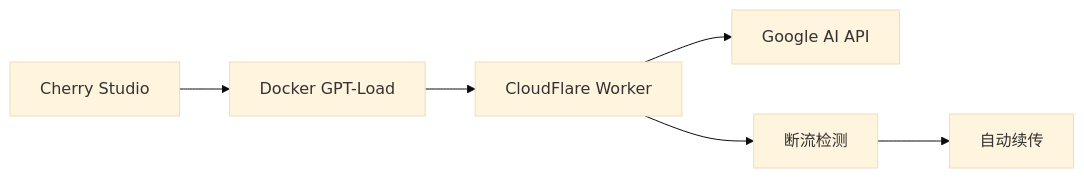
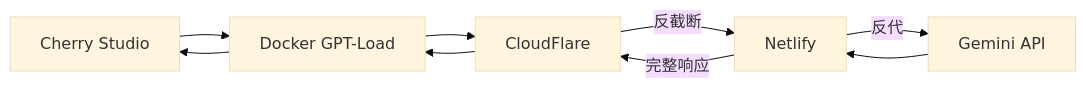
Before and after one commit to zhu-jl18/My-Blog: the diagram in source/_posts/Ulti-Gemini-Plan.md, drawn with Mermaid (base theme). The commit also changed other lines of this file and 3 other files, not shown here.

````diff
--- a/source/_posts/Ulti-Gemini-Plan.md
+++ b/source/_posts/Ulti-Gemini-Plan.md
@@ -41,8 +43,11 @@
 ```mermaid
 graph LR
     A[Cherry Studio] --> B[Docker GPT-Load]
-    B --> C[CloudFlare Worker]
-    C --> D[Google AI API]
-    C --> E[断流检测]
-    E --> F[自动续传]
+    B --> A
+    B --> C[CloudFlare]
+    C --> B
+    C --反截断--> D[Netlify]
+    D --完整响应--> C
+    D --反代--> E[Gemini API]
+    E --> D
 ```
````
